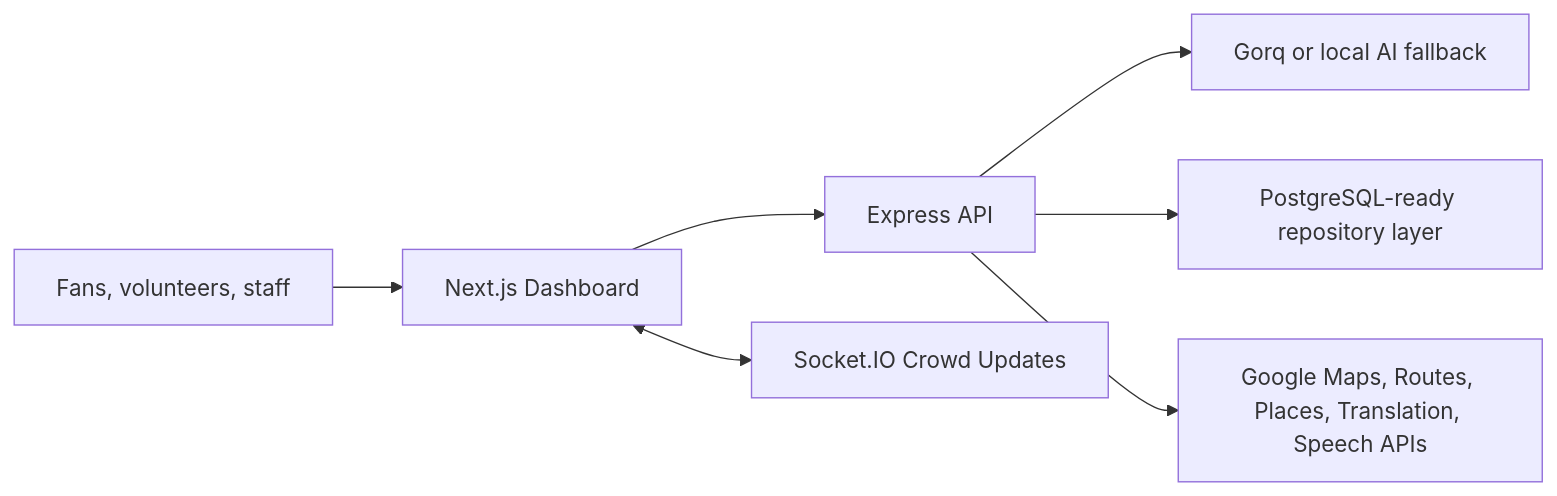
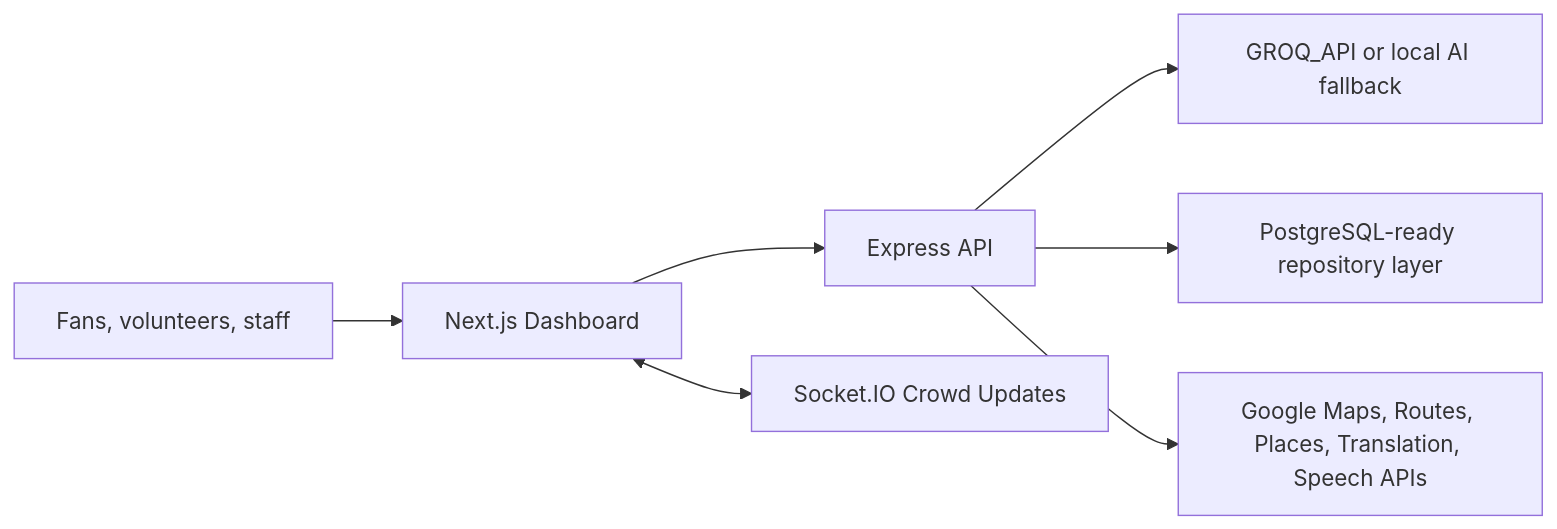
Before and after one commit to Chandan1303/challenge-4: the diagram in README.md, drawn with Mermaid. The commit also changed other lines of this file, not shown here.

````diff
--- a/README.md
+++ b/README.md
@@ -9,9 +9,9 @@
 ```mermaid
 flowchart LR
   Fan["Fans, volunteers, staff"] --> UI["Next.js Dashboard"]
   UI --> API["Express API"]
   UI <--> Socket["Socket.IO Crowd Updates"]
-  API --> AI["Gorq or local AI fallback"]
+  API --> AI["GROQ_API or local AI fallback"]
   API --> Data["PostgreSQL-ready repository layer"]
   API --> Maps["Google Maps, Routes, Places, Translation, Speech APIs"]
 ```
````
